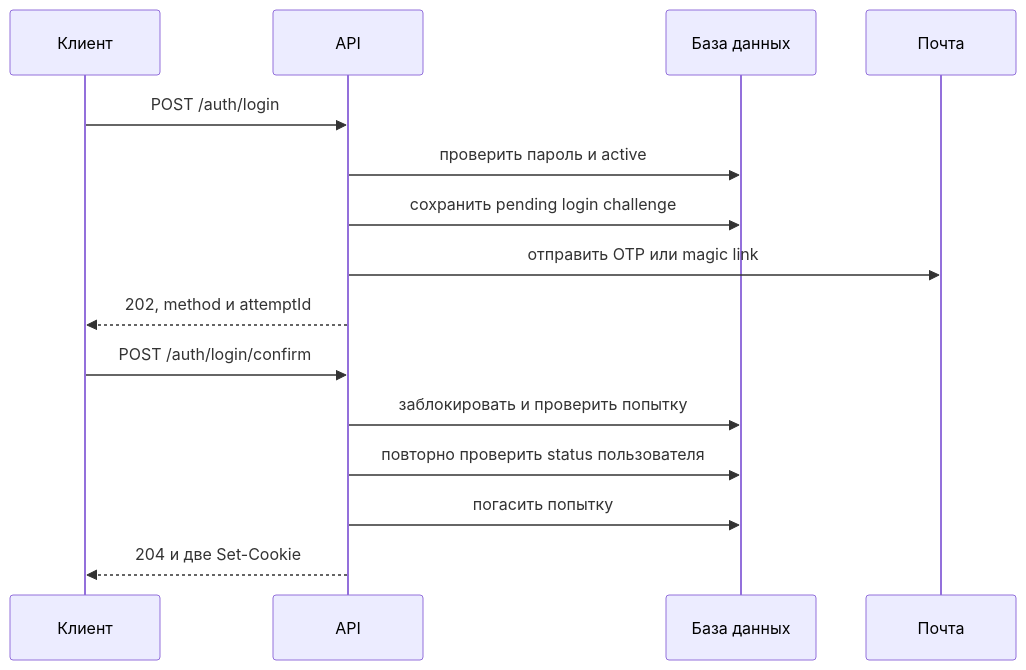
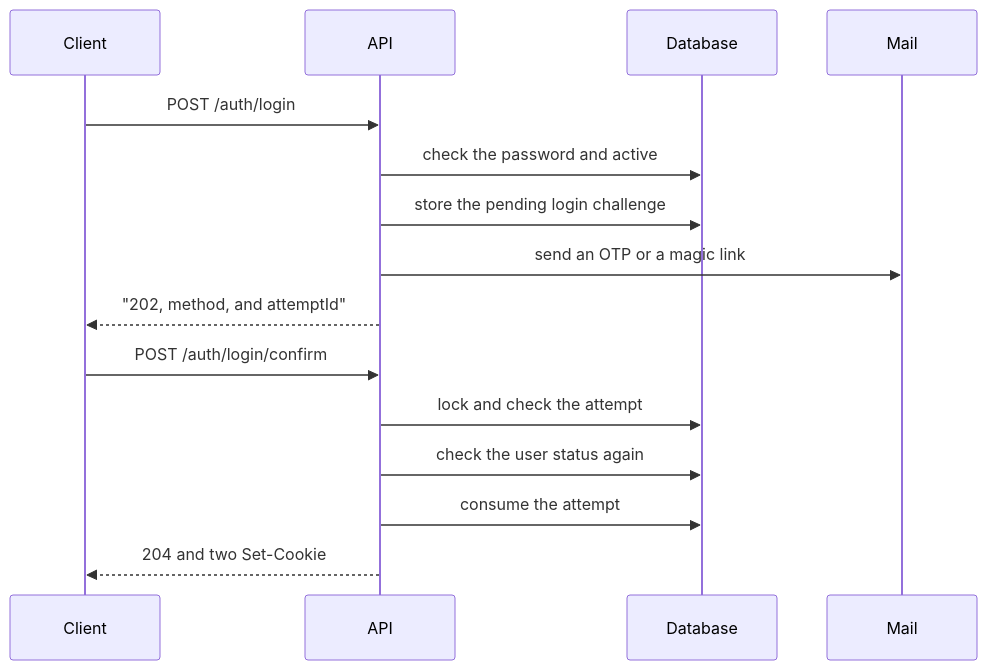
The second of 3 diagrams in courses-content/backend/A/1/en/1.1.1 Аутентификация.md (pavel-skripko-innowise/inno-fe-be-a1), drawn with Mermaid before and after one commit. The commit also changed other lines of this file and 35 other files, not shown here.

````diff
--- a/courses-content/backend/A/1/en/1.1.1 Аутентификация.md
+++ b/courses-content/backend/A/1/en/1.1.1 Аутентификация.md
@@ -53,17 +53,17 @@
 ```mermaid
 sequenceDiagram
-  participant C as Клиент
+  participant C as Client
   participant A as API
-  participant D as База данных
-  participant M as Почта
+  participant D as Database
+  participant M as Mail
   C->>A: POST /auth/login
-  A->>D: проверить пароль и active
-  A->>D: сохранить pending login challenge
-  A->>M: отправить OTP или magic link
-  A-->>C: 202, method и attemptId
+  A->>D: check the password and active
+  A->>D: store the pending login challenge
+  A->>M: send an OTP or a magic link
+  A-->>C: "202, method, and attemptId"
   C->>A: POST /auth/login/confirm
-  A->>D: заблокировать и проверить попытку
-  A->>D: повторно проверить status пользователя
-  A->>D: погасить попытку
-  A-->>C: 204 и две Set-Cookie
+  A->>D: lock and check the attempt
+  A->>D: check the user status again
+  A->>D: consume the attempt
+  A-->>C: 204 and two Set-Cookie
 ```
````
